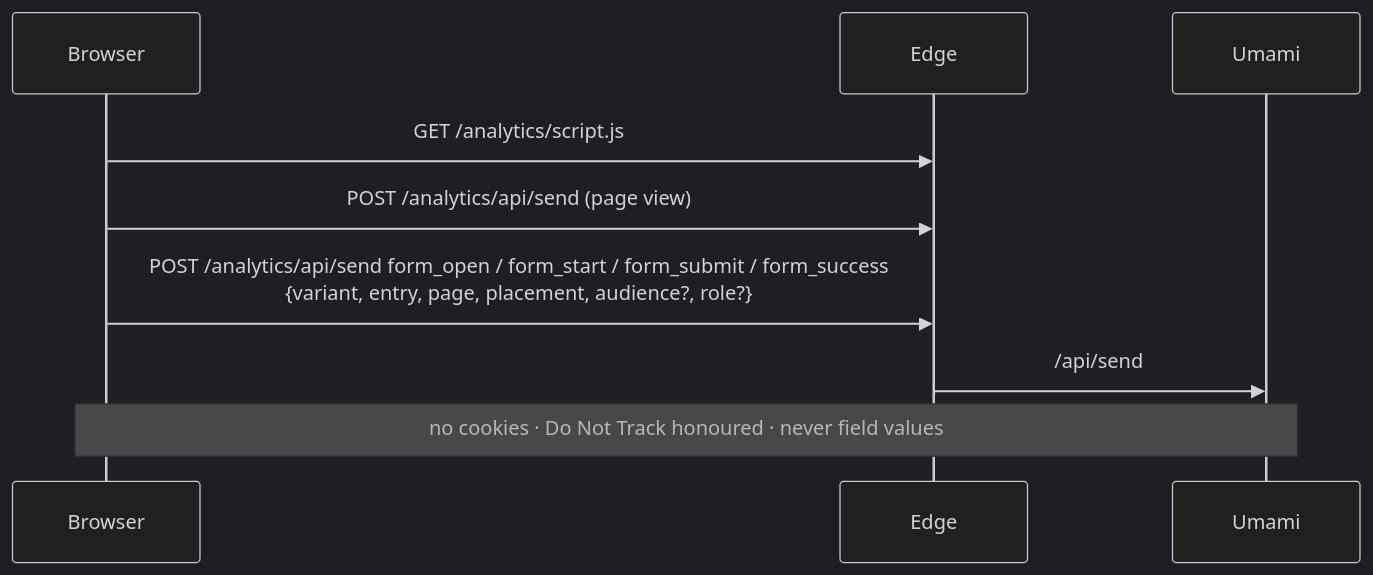
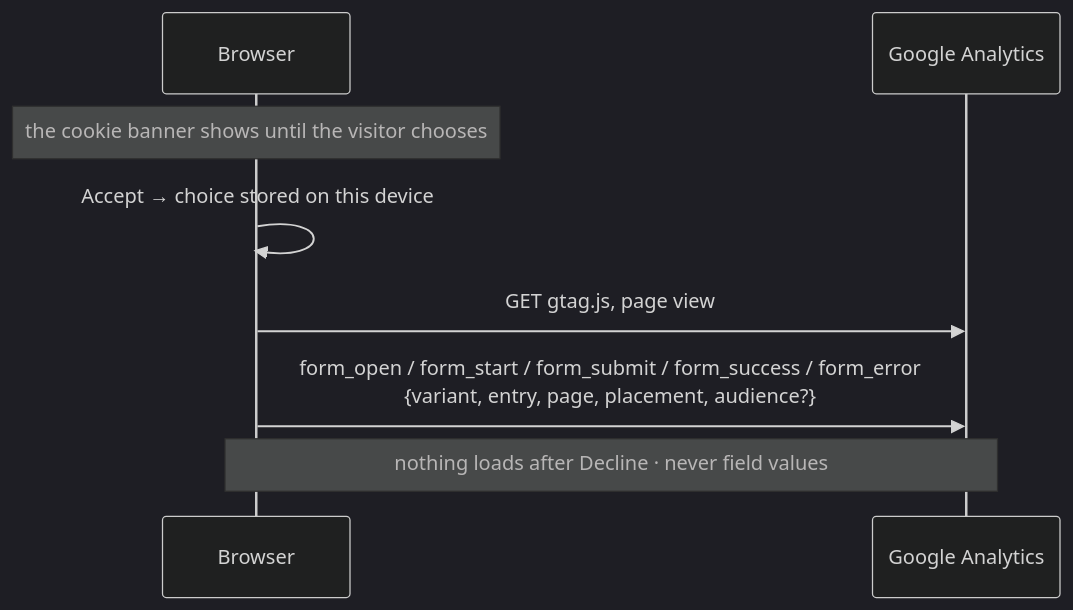
Before and after one commit to angritsay/eunice-site: the fifth of 5 diagrams in docs/architecture/flows.md, drawn with Mermaid (dark theme). The commit also changed other lines of this file and 35 other files, not shown here.

First line of the commit message:
Analytics: Google Analytics after cookie consent instead of self-hosted Umami

````diff
--- a/docs/architecture/flows.md
+++ b/docs/architecture/flows.md
@@ -131,11 +131,10 @@
 ```mermaid
 sequenceDiagram
   participant B as Browser
-  participant E as Edge
-  participant U as Umami
-  B->>E: GET /analytics/script.js
-  B->>E: POST /analytics/api/send (page view)
-  B->>E: POST /analytics/api/send form_open / form_start / form_submit / form_success<br/>{variant, entry, page, placement, audience?, role?}
-  E->>U: /api/send
-  Note over B,U: no cookies · Do Not Track honoured · never field values
+  participant G as Google Analytics
+  Note over B: the cookie banner shows until the visitor chooses
+  B->>B: Accept → choice stored on this device
+  B->>G: GET gtag.js, page view
+  B->>G: form_open / form_start / form_submit / form_success / form_error<br/>{variant, entry, page, placement, audience?}
+  Note over B,G: nothing loads after Decline · never field values
 ```
````
